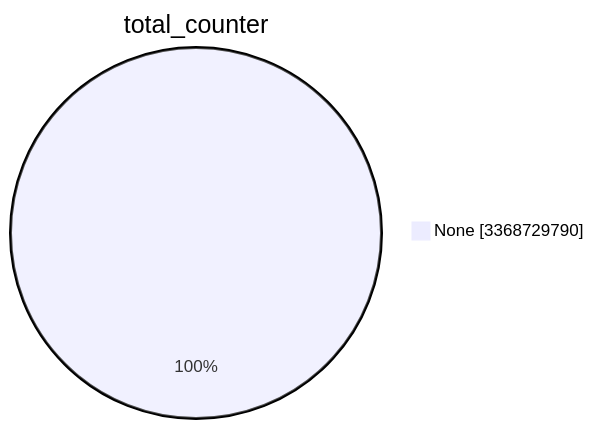
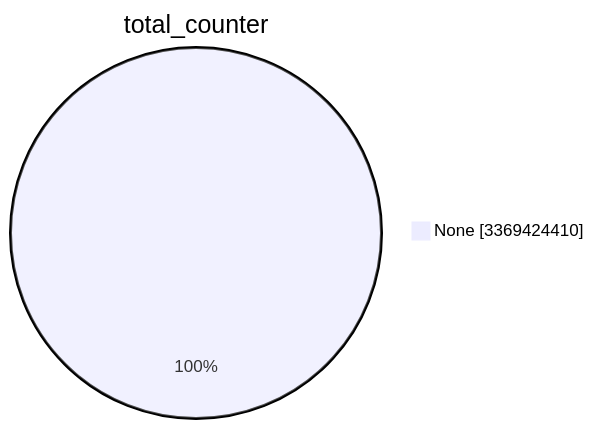
Before and after one commit to christiankrug/ctmonitor_visualization: the first of 15 diagrams in TOTAL/README.md, drawn with Mermaid. The commit also changed other lines of this file, not shown here.

````diff
--- a/TOTAL/README.md
+++ b/TOTAL/README.md
@@ -1,5 +1,5 @@
 ```mermaid
 pie showData
 title total_counter
-"None" :3368729790
+"None" :3369424410
 ```
````
